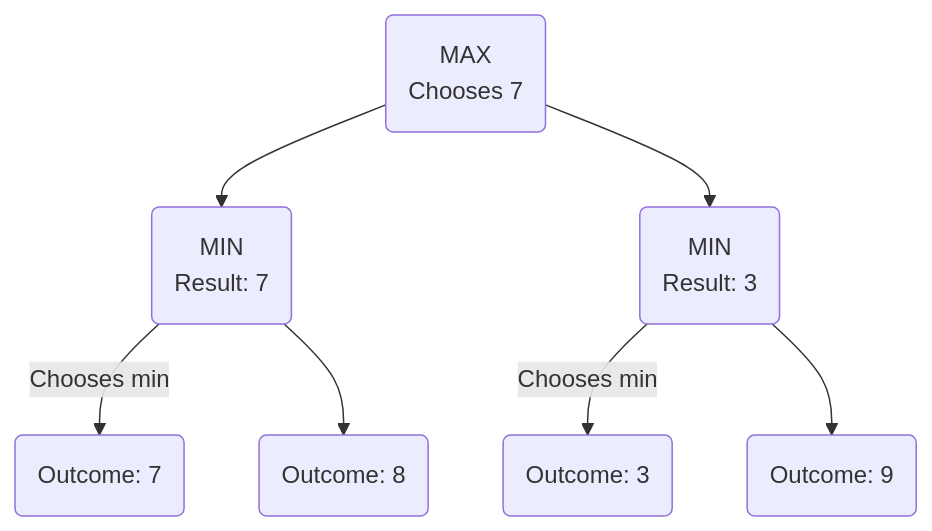
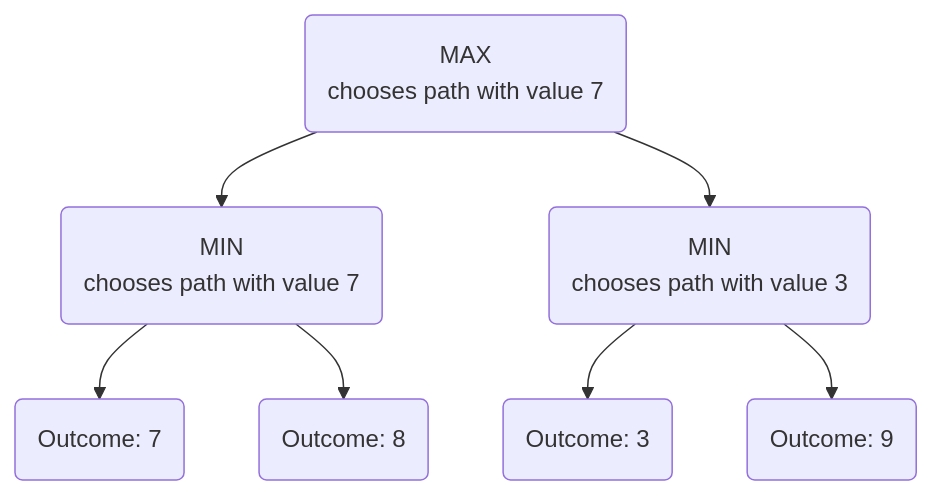
One commit to eltay89/eltay89.github.io changed the third of 4 diagrams in _posts/2025-08-08-ai-search-algorithms-a-z.md. Above: the diagram before and after it, drawn with Mermaid. The commit also changed other lines of this file, not shown here.

````diff
--- a/_posts/2025-08-08-ai-search-algorithms-a-z.md
+++ b/_posts/2025-08-08-ai-search-algorithms-a-z.md
@@ -139,13 +132,13 @@
 ```mermaid
 graph TD
-    A("MAX<br>Chooses 7");
+    A("MAX<br>chooses path with value 7");
     
-    A --> B("MIN<br>Result: 7");
-    A --> C("MIN<br>Result: 3");
+    A --> B("MIN<br>chooses path with value 7");
+    A --> C("MIN<br>chooses path with value 3");
     
-    B -- "Chooses min" --> E("Outcome: 7");
+    B --> E("Outcome: 7");
     B --> D("Outcome: 8");
 
-    C -- "Chooses min" --> F("Outcome: 3");
+    C --> F("Outcome: 3");
     C --> G("Outcome: 9");
 ```
````
